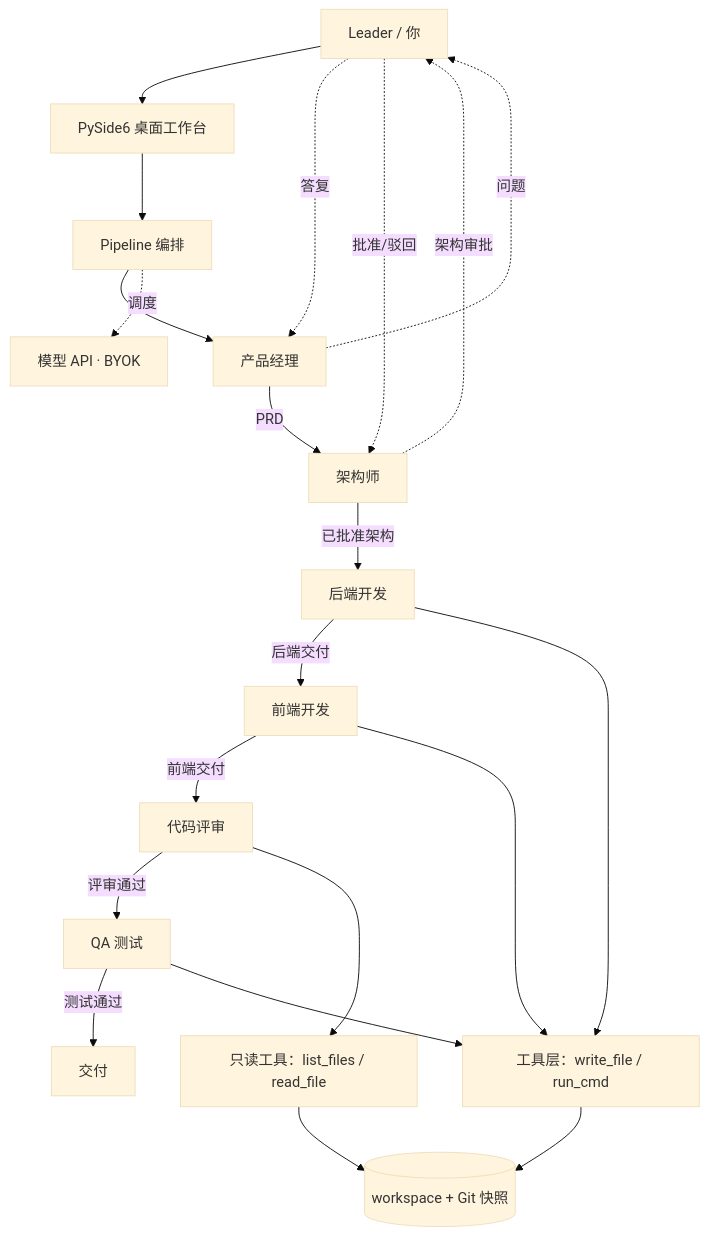
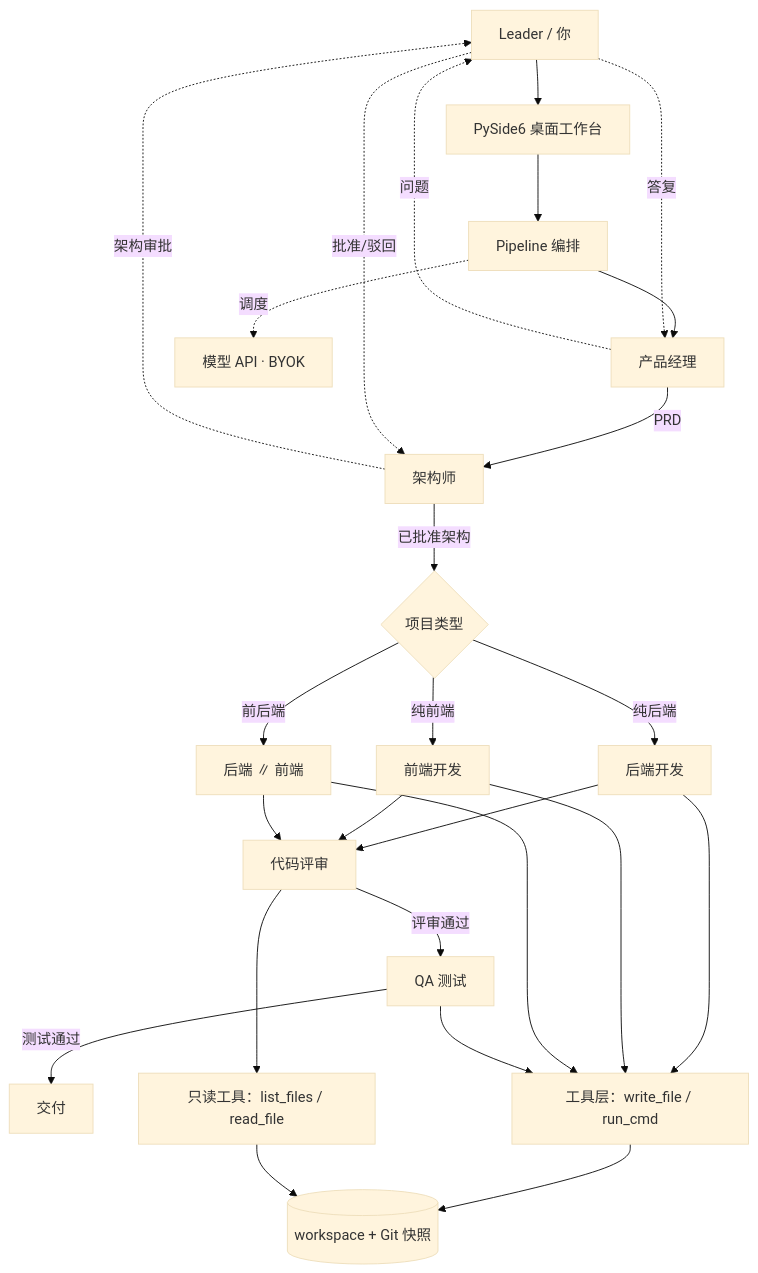
Before and after one commit to LiuShiW/Description_agent_manager: the diagram in README.md, drawn with Mermaid (base theme). The commit also changed other lines of this file and 7 other files, not shown here.

````diff
--- a/README.md
+++ b/README.md
@@ -35,27 +42,34 @@
 ```mermaid
 flowchart TD
     U[Leader / 你] --> UI[PySide6 桌面工作台]
     UI --> P[Pipeline 编排]
 
     P --> PM[产品经理]
     PM -->|PRD| AR[架构师]
-    AR -->|已批准架构| BE[后端开发]
-    BE -->|后端交付| FE[前端开发]
-    FE -->|前端交付| RV[代码评审]
+    AR -->|已批准架构| T{项目类型}
+
+    T -->|纯后端| BE[后端开发]
+    T -->|纯前端| FE[前端开发]
+    T -->|前后端| PAR[后端 ∥ 前端]
+
+    BE --> RV[代码评审]
+    FE --> RV
+    PAR --> RV
     RV -->|评审通过| QA[QA 测试]
     QA -->|测试通过| D[交付]
 
     PM -.问题.-> U
     U -.答复.-> PM
     AR -.架构审批.-> U
     U -.批准/驳回.-> AR
 
-    BE --> T[工具层：write_file / run_cmd]
-    FE --> T
-    QA --> T
+    BE --> TL[工具层：write_file / run_cmd]
+    FE --> TL
+    PAR --> TL
+    QA --> TL
     RV --> R[只读工具：list_files / read_file]
-    T --> WS[(workspace + Git 快照)]
+    TL --> WS[(workspace + Git 快照)]
     R --> WS
 
     P -.调度.-> M[模型 API · BYOK]
 ```
````
